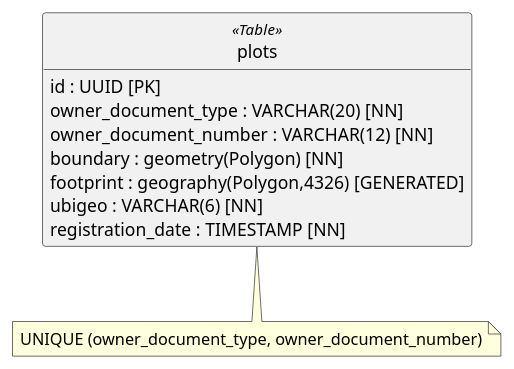
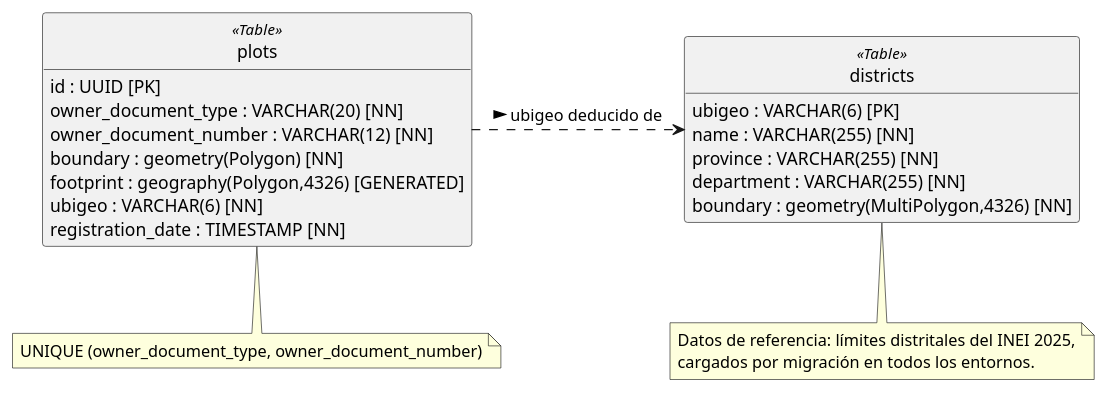
The diagram in diagrams/plots/database.puml (Soulware-Emergentes/report), drawn with PlantUML before and after one commit. The commit also changed 35 other files, not shown here.

Commit message:
docs: update diagrams and technical documentation to the current code

```diff
--- a/diagrams/plots/database.puml
+++ b/diagrams/plots/database.puml
@@ -1,20 +1,35 @@
 @startuml plots-database
 skinparam classAttributeIconSize 0
 hide circle
 hide empty methods
 
 class plots <<Table>> {
     {field} id : UUID [PK]
     {field} owner_document_type : VARCHAR(20) [NN]
     {field} owner_document_number : VARCHAR(12) [NN]
     {field} boundary : geometry(Polygon) [NN]
     {field} footprint : geography(Polygon,4326) [GENERATED]
     {field} ubigeo : VARCHAR(6) [NN]
     {field} registration_date : TIMESTAMP [NN]
 }
 
+class districts <<Table>> {
+    {field} ubigeo : VARCHAR(6) [PK]
+    {field} name : VARCHAR(255) [NN]
+    {field} province : VARCHAR(255) [NN]
+    {field} department : VARCHAR(255) [NN]
+    {field} boundary : geometry(MultiPolygon,4326) [NN]
+}
+
+plots .right.> districts : ubigeo deducido de >
+
 note bottom of plots
     UNIQUE (owner_document_type, owner_document_number)
 end note
 
+note bottom of districts
+    Datos de referencia: límites distritales del INEI 2025,
+    cargados por migración en todos los entornos.
+end note
+
 @enduml
```
